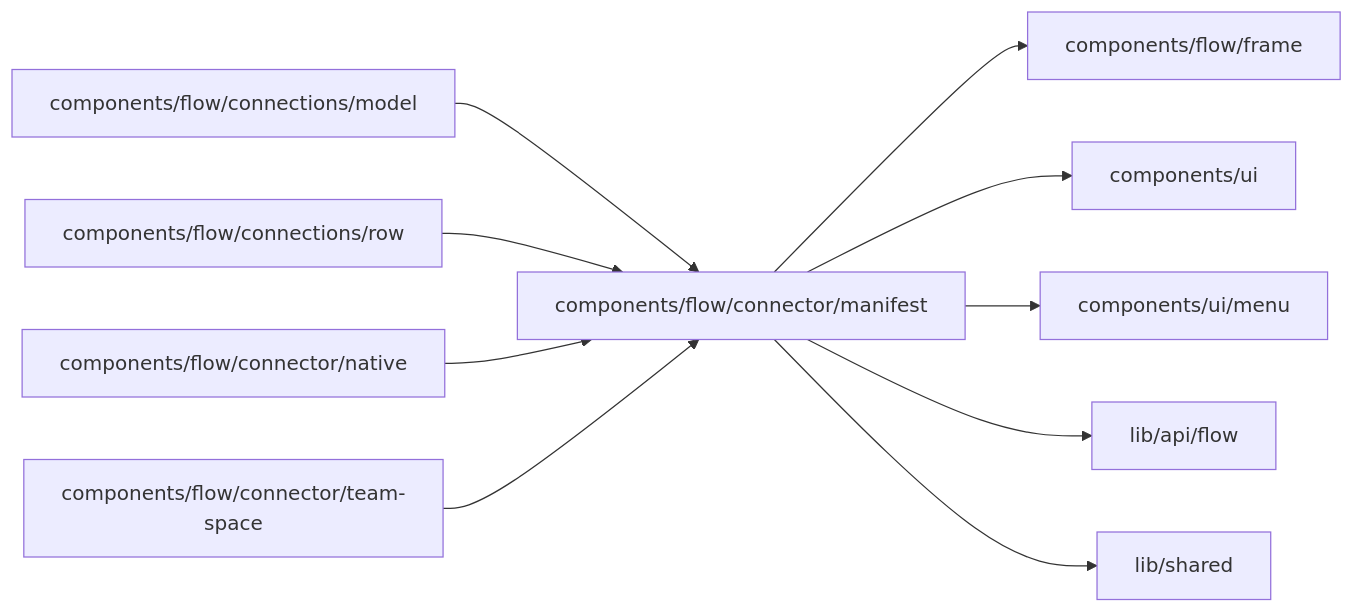
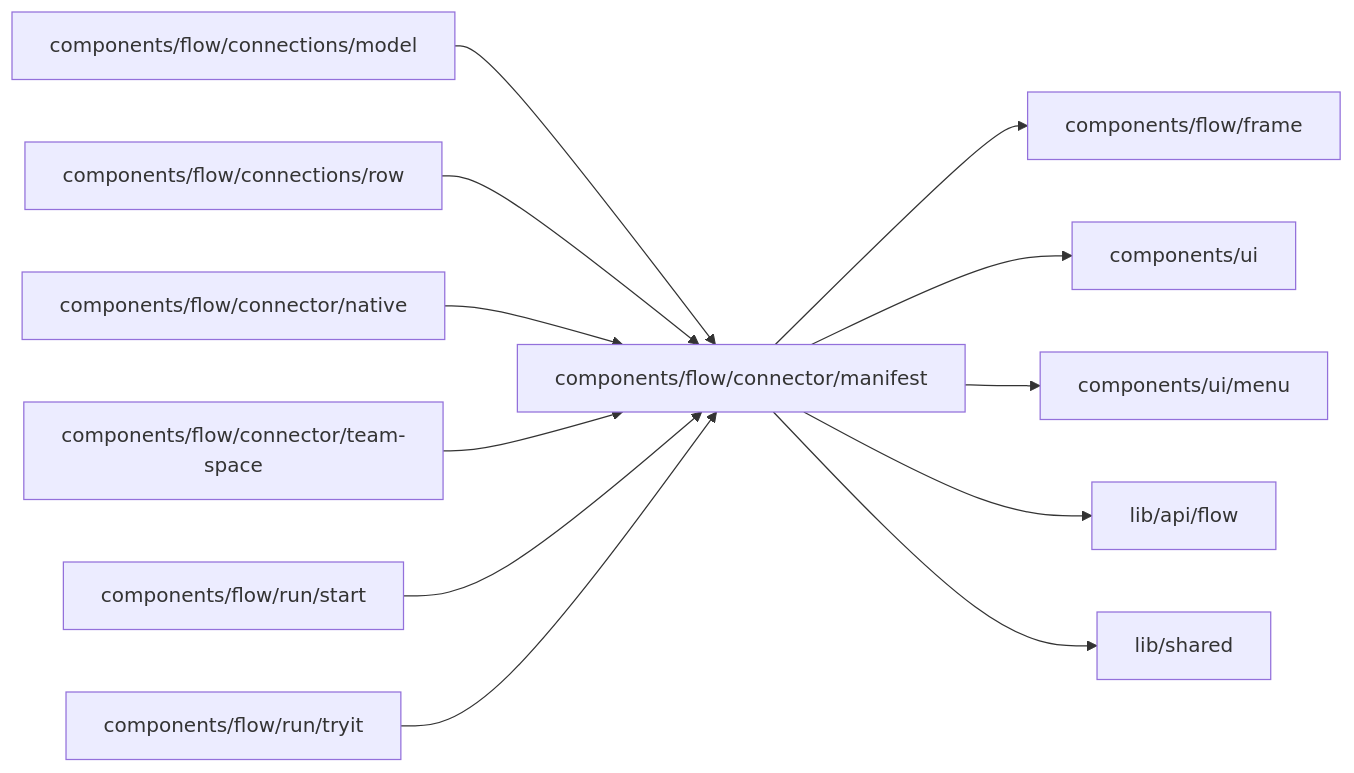
The diagram in web/studio/components/flow/connector/manifest/README.md (superdurable/superverse), drawn with Mermaid before and after one commit. The commit also changed other lines of this file and 278 other files, not shown here.

````diff
--- a/web/studio/components/flow/connector/manifest/README.md
+++ b/web/studio/components/flow/connector/manifest/README.md
@@ -10,13 +10,15 @@
 ```mermaid
 flowchart LR
   self["components/flow/connector/manifest"]
   c0["components/flow/connections/model"] --> self
   c1["components/flow/connections/row"] --> self
   c2["components/flow/connector/native"] --> self
   c3["components/flow/connector/team-space"] --> self
+  c4["components/flow/run/start"] --> self
+  c5["components/flow/run/tryit"] --> self
   self --> d0["components/flow/frame"]
   self --> d1["components/ui"]
   self --> d2["components/ui/menu"]
   self --> d3["lib/api/flow"]
   self --> d4["lib/shared"]
 ```
````
